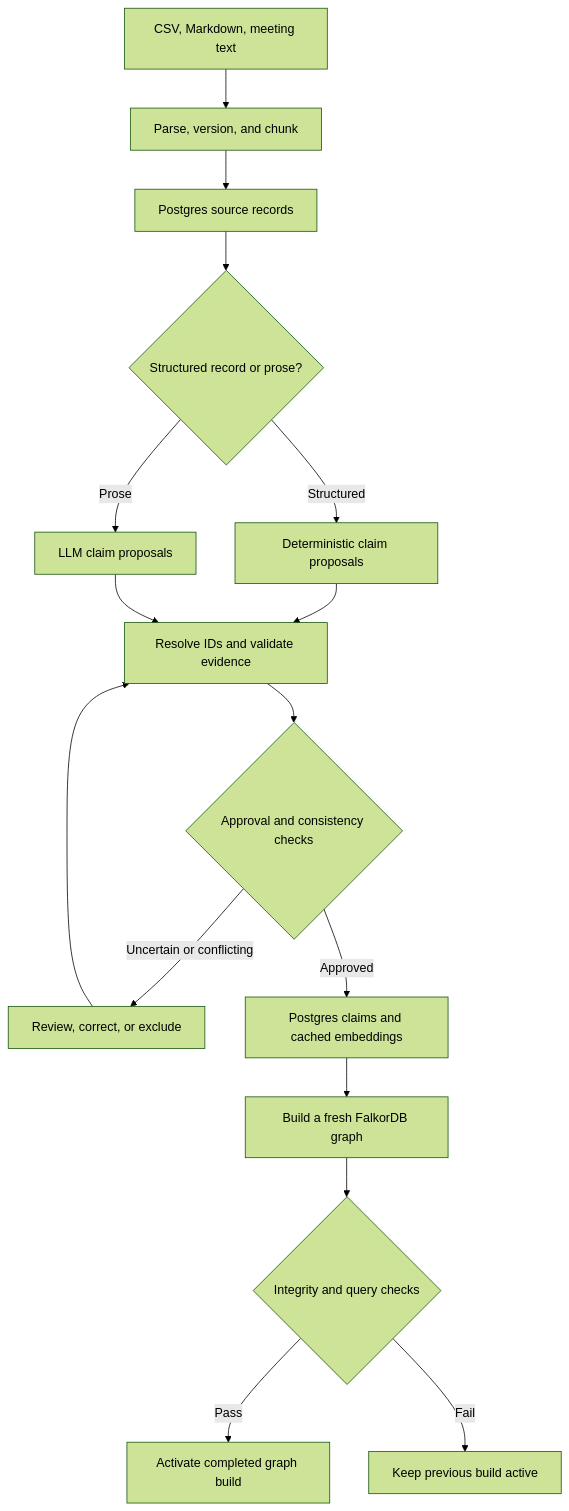
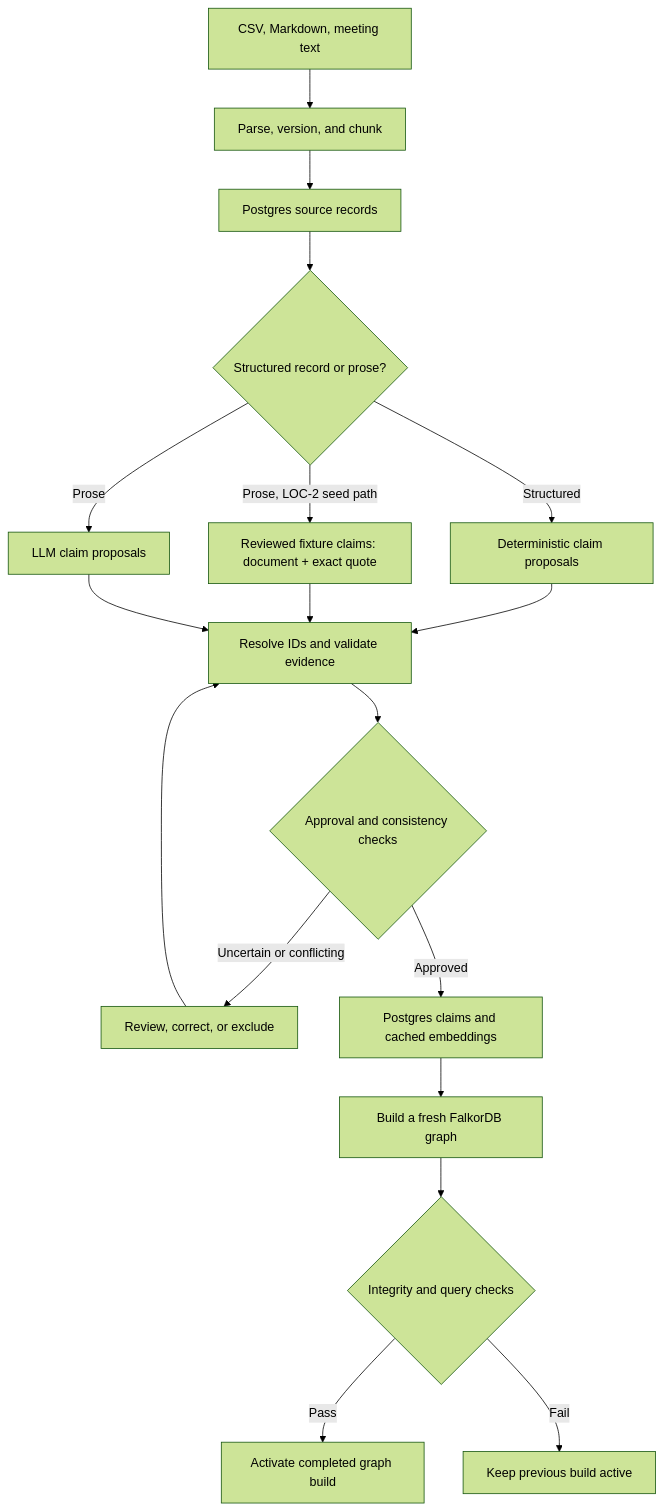
One commit to ameghcoder/company-brain changed the diagram in docs/design-flow/ingestion.md. Above: the diagram before and after it, drawn with Mermaid (forest theme). The commit also changed other lines of this file and 50 other files, not shown here.

First line of the commit message:
#4 feat: synthetic dataset, business schema, and claim seeding

````diff
--- a/docs/design-flow/ingestion.md
+++ b/docs/design-flow/ingestion.md
@@ -9,18 +11,20 @@
 ```mermaid
 flowchart TD
     A["CSV, Markdown, meeting text"] --> B["Parse, version, and chunk"]
     B --> C["Postgres source records"]
     C --> D{"Structured record or prose?"}
     D -->|Structured| E["Deterministic claim proposals"]
     D -->|Prose| F["LLM claim proposals"]
+    D -->|"Prose, LOC-2 seed path"| R["Reviewed fixture claims: document + exact quote"]
     E --> G["Resolve IDs and validate evidence"]
+    R --> G
     F --> G
     G --> H{"Approval and consistency checks"}
     H -->|Uncertain or conflicting| I["Review, correct, or exclude"]
     I --> G
     H -->|Approved| J["Postgres claims and cached embeddings"]
     J --> K["Build a fresh FalkorDB graph"]
     K --> L{"Integrity and query checks"}
     L -->|Pass| M["Activate completed graph build"]
     L -->|Fail| N["Keep previous build active"]
 ```
````
